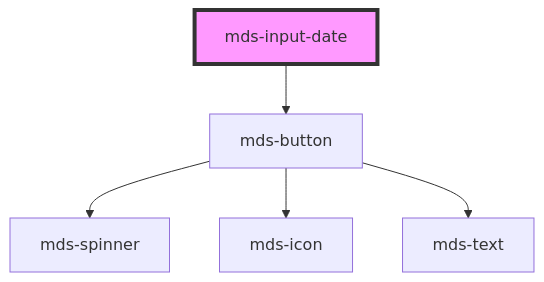
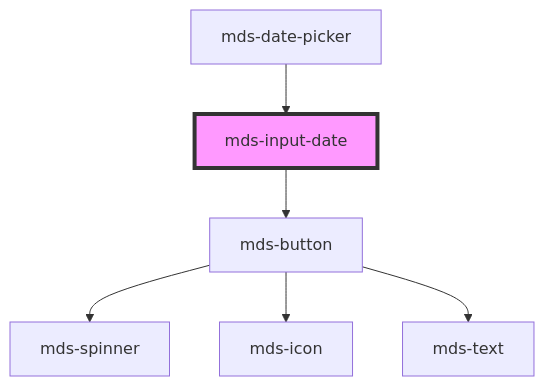
The diagram in projects/stencil/src/components/mds-input-date/readme.md (magma-design-system/magma), drawn with Mermaid before and after one commit. The commit also changed other lines of this file and 1 other file, not shown here.

Commit message:
feat(mds-input-date): add onChange and onInput events for better event handling

````diff
--- a/projects/stencil/src/components/mds-input-date/readme.md
+++ b/projects/stencil/src/components/mds-input-date/readme.md
@@ -35,8 +46,9 @@
 ```mermaid
 graph TD;
   mds-input-date --> mds-button
   mds-button --> mds-spinner
   mds-button --> mds-icon
   mds-button --> mds-text
+  mds-date-picker --> mds-input-date
   style mds-input-date fill:#f9f,stroke:#333,stroke-width:4px
 ```
````
